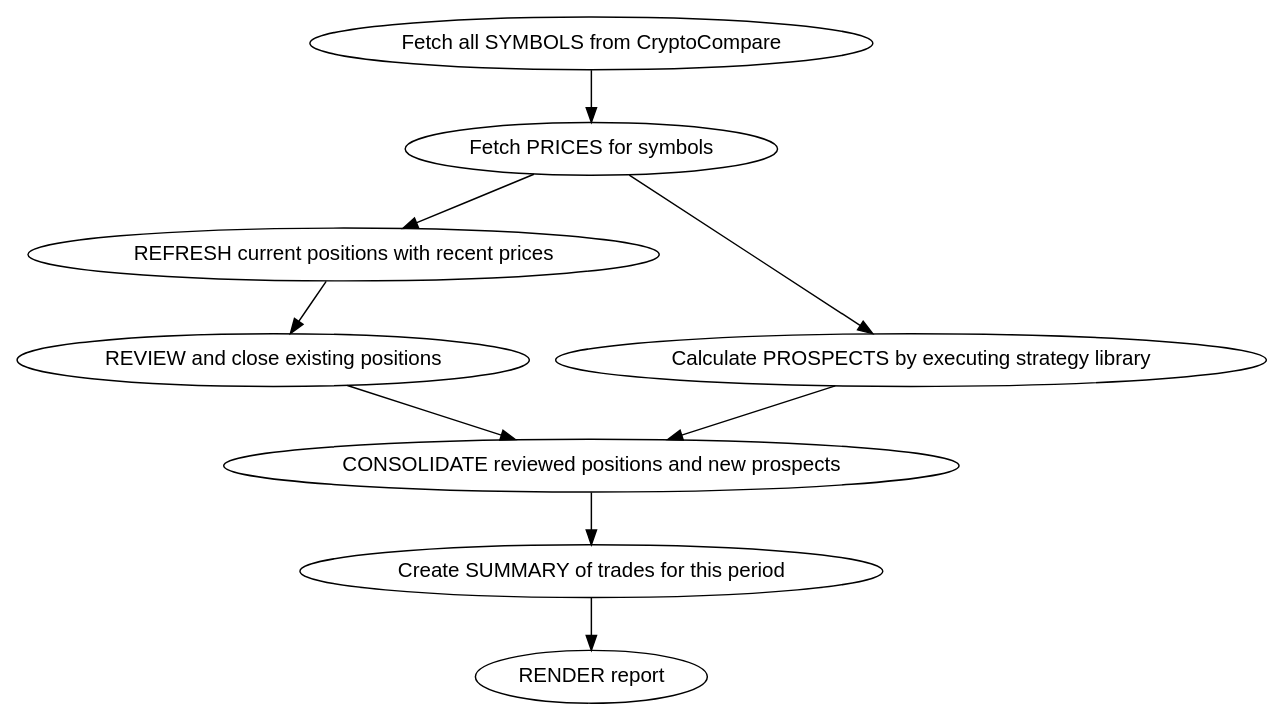
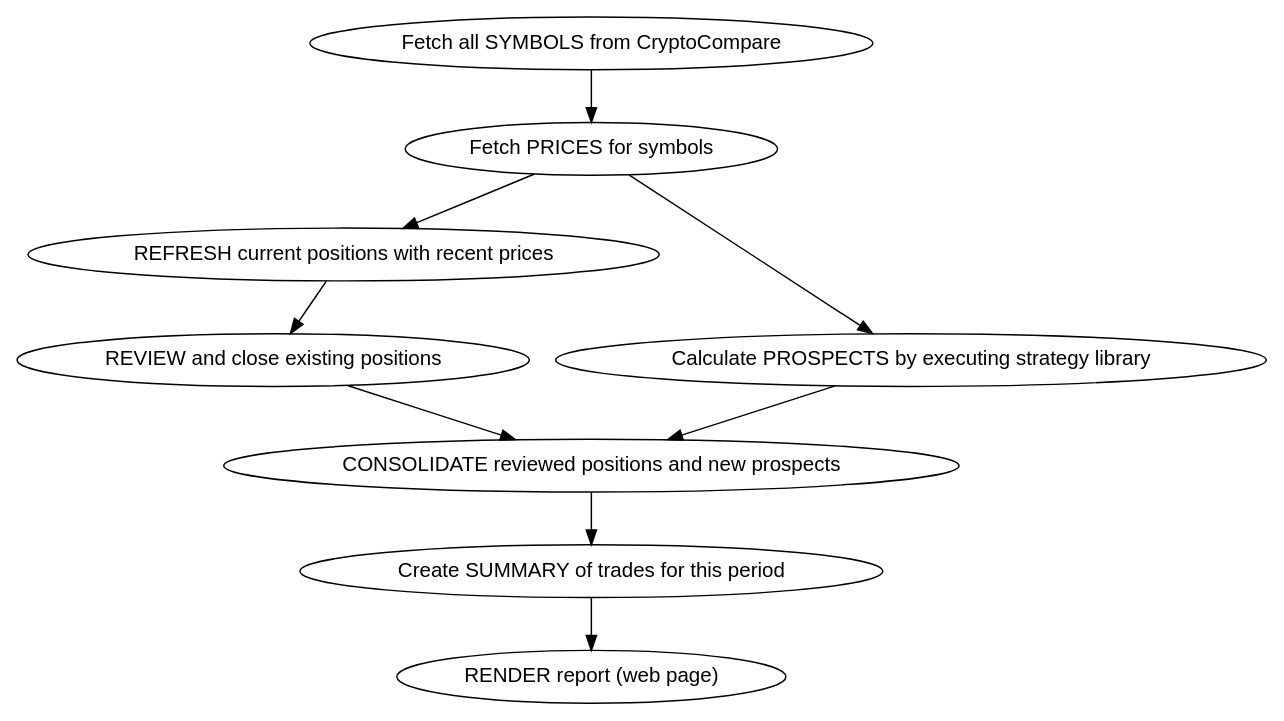
One commit to deanturpin/handt changed the diagram in doc/handt.dot. Above: the diagram before and after it, drawn with Graphviz. The commit also changed 1 other file, not shown here.

Commit message:
Report is a web page

```diff
--- a/doc/handt.dot
+++ b/doc/handt.dot
@@ -1,19 +1,19 @@
 digraph {
 
   node [fontname=Helvetica]
 
   "Fetch all SYMBOLS from CryptoCompare"
     -> "Fetch PRICES for symbols"
     -> "REFRESH current positions with recent prices"
     -> "REVIEW and close existing positions"
 
   "Fetch PRICES for symbols"
     -> "Calculate PROSPECTS by executing strategy library"
     -> "CONSOLIDATE reviewed positions and new prospects"
 
   // Consolidate takes review and new
   "REVIEW and close existing positions"
     -> "CONSOLIDATE reviewed positions and new prospects"
     -> "Create SUMMARY of trades for this period"
-    -> "RENDER report"
+    -> "RENDER report (web page)"
 }
```
